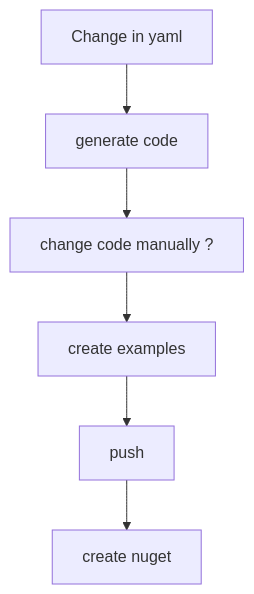
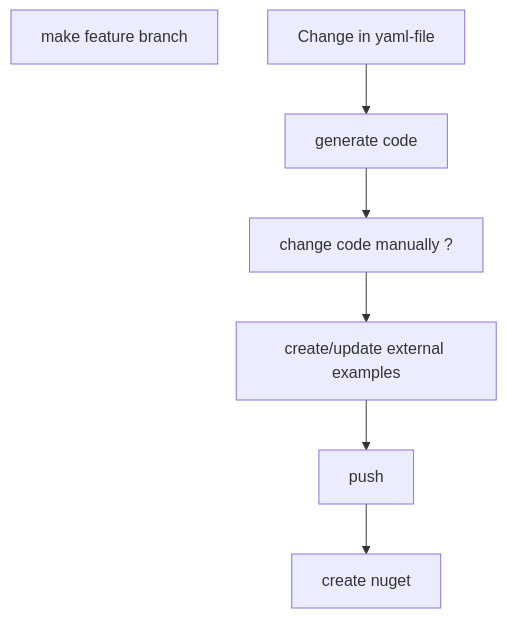
The diagram in generator/Readme.md (PxTools/PxApiSpecs), drawn with Mermaid before and after one commit. The commit also changed other lines of this file, not shown here.

````diff
--- a/generator/Readme.md
+++ b/generator/Readme.md
@@ -3,8 +3,9 @@
 ```mermaid
   graph TD;
-      A[Change in yaml]-->B[generate code];
+      A0[make feature branch]
+      A[Change in yaml-file]-->B[generate code];
       B-->C[change code manually ?];
-      C-->D[create examples];
+      C-->D[create/update external examples];
       D-->E[push];
       E-->F[create nuget];
 ```
````
